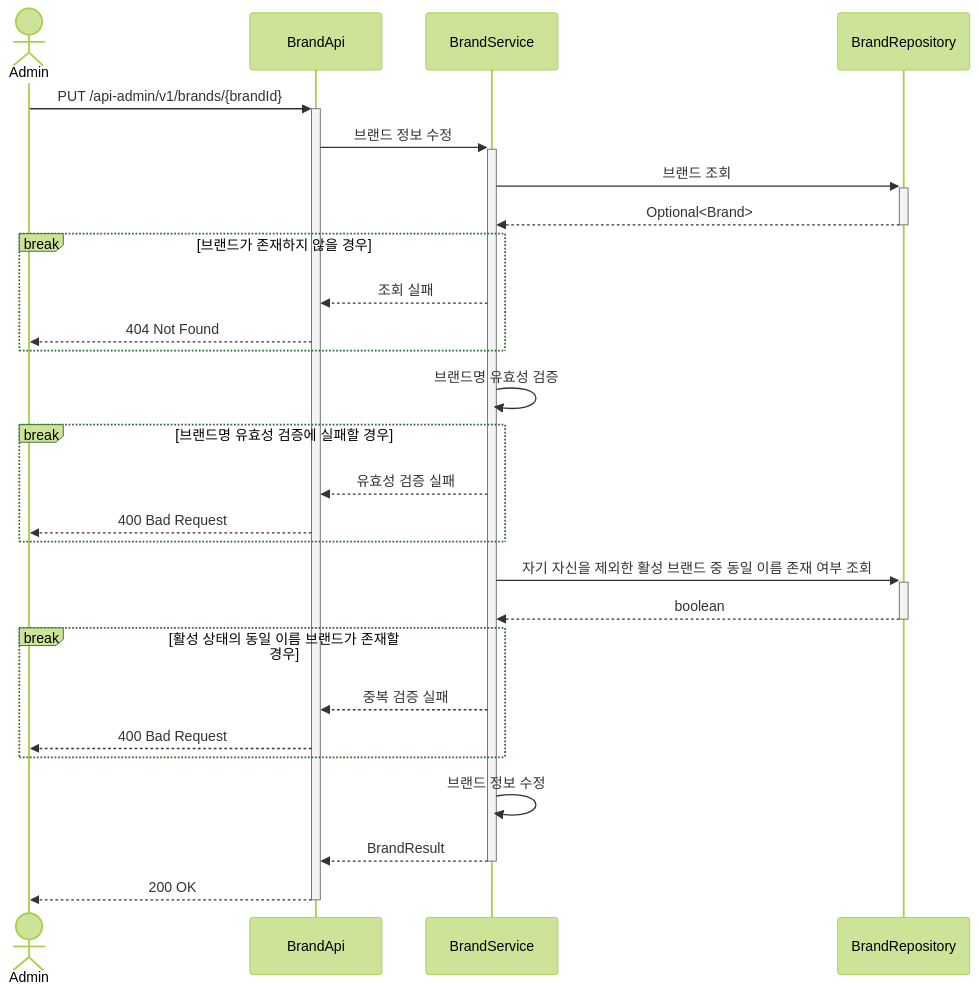
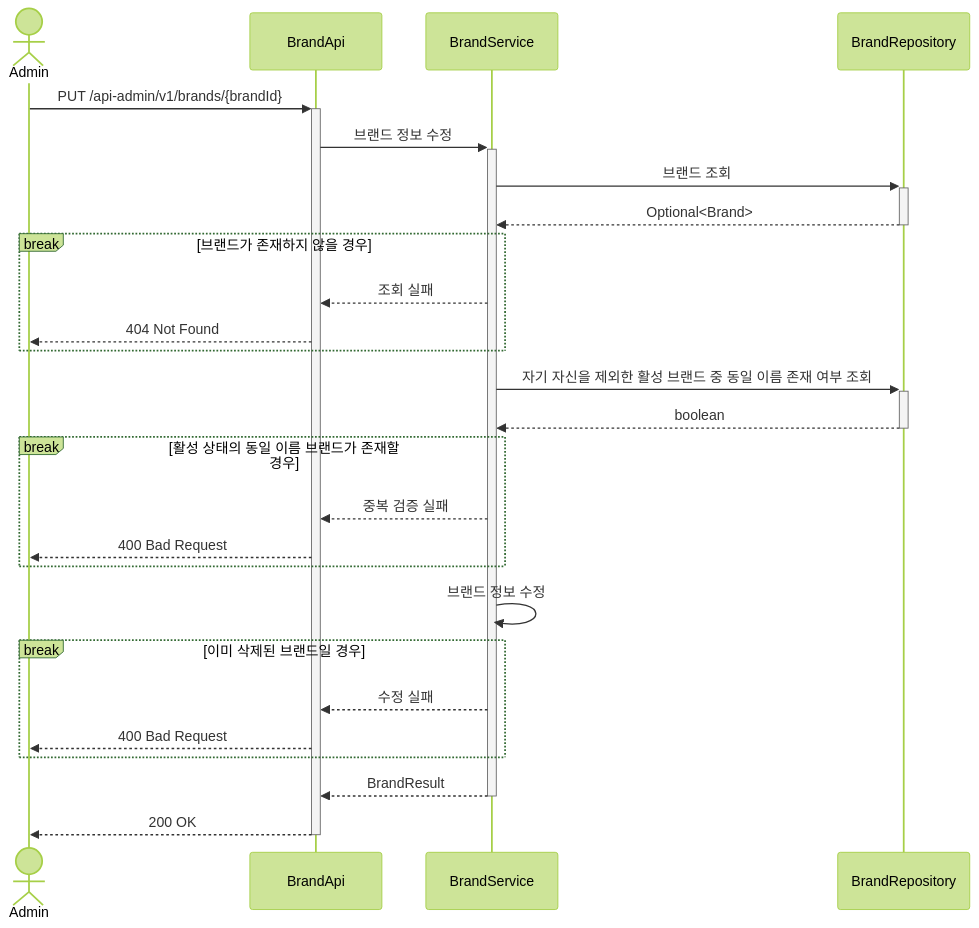
Before and after one commit to Loopers-dev-lab/loop-pack-be-l2-vol3-java: the sixth of 23 diagrams in .docs/design/02-sequence-diagrams.md, drawn with Mermaid (forest theme). The commit also changed other lines of this file and 14 other files, not shown here.

````diff
--- a/.docs/design/02-sequence-diagrams.md
+++ b/.docs/design/02-sequence-diagrams.md
@@ -201,36 +201,35 @@
 ```mermaid
 sequenceDiagram
     actor Admin
     participant BrandApi
     participant BrandService
     participant BrandRepository
 
     Admin ->>+ BrandApi: PUT /api-admin/v1/brands/{brandId}
     BrandApi ->>+ BrandService: 브랜드 정보 수정
     BrandService ->>+ BrandRepository: 브랜드 조회
     BrandRepository -->>- BrandService: Optional<Brand>
 
     break 브랜드가 존재하지 않을 경우
         BrandService -->> BrandApi: 조회 실패
         BrandApi -->> Admin: 404 Not Found
     end
 
-    BrandService ->> BrandService: 브랜드명 유효성 검증
-
-    break 브랜드명 유효성 검증에 실패할 경우
-        BrandService -->> BrandApi: 유효성 검증 실패
-        BrandApi -->> Admin: 400 Bad Request
-    end
-
     BrandService ->>+ BrandRepository: 자기 자신을 제외한 활성 브랜드 중 동일 이름 존재 여부 조회
     BrandRepository -->>- BrandService: boolean
 
     break 활성 상태의 동일 이름 브랜드가 존재할 경우
         BrandService -->> BrandApi: 중복 검증 실패
         BrandApi -->> Admin: 400 Bad Request
     end
 
     BrandService ->> BrandService: 브랜드 정보 수정
+
+    break 이미 삭제된 브랜드일 경우
+        BrandService -->> BrandApi: 수정 실패
+        BrandApi -->> Admin: 400 Bad Request
+    end
+
     BrandService -->>- BrandApi: BrandResult
     BrandApi -->>- Admin: 200 OK
 ```
````
